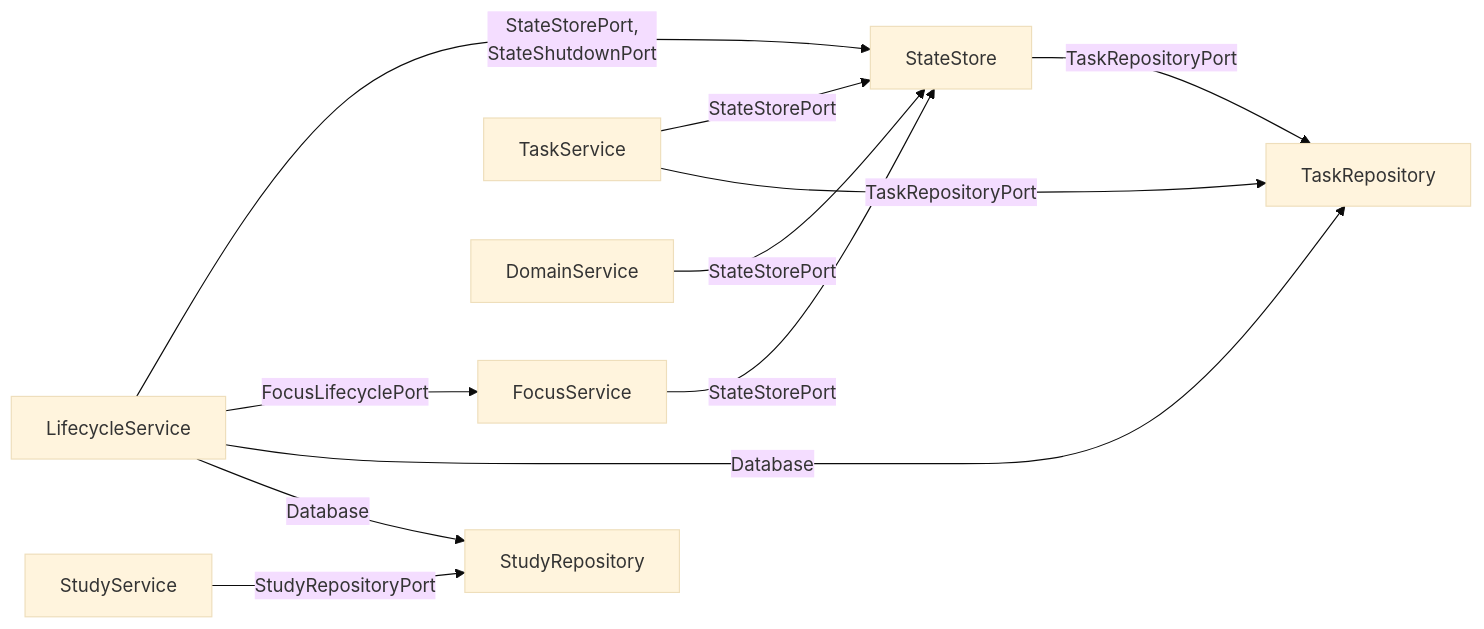
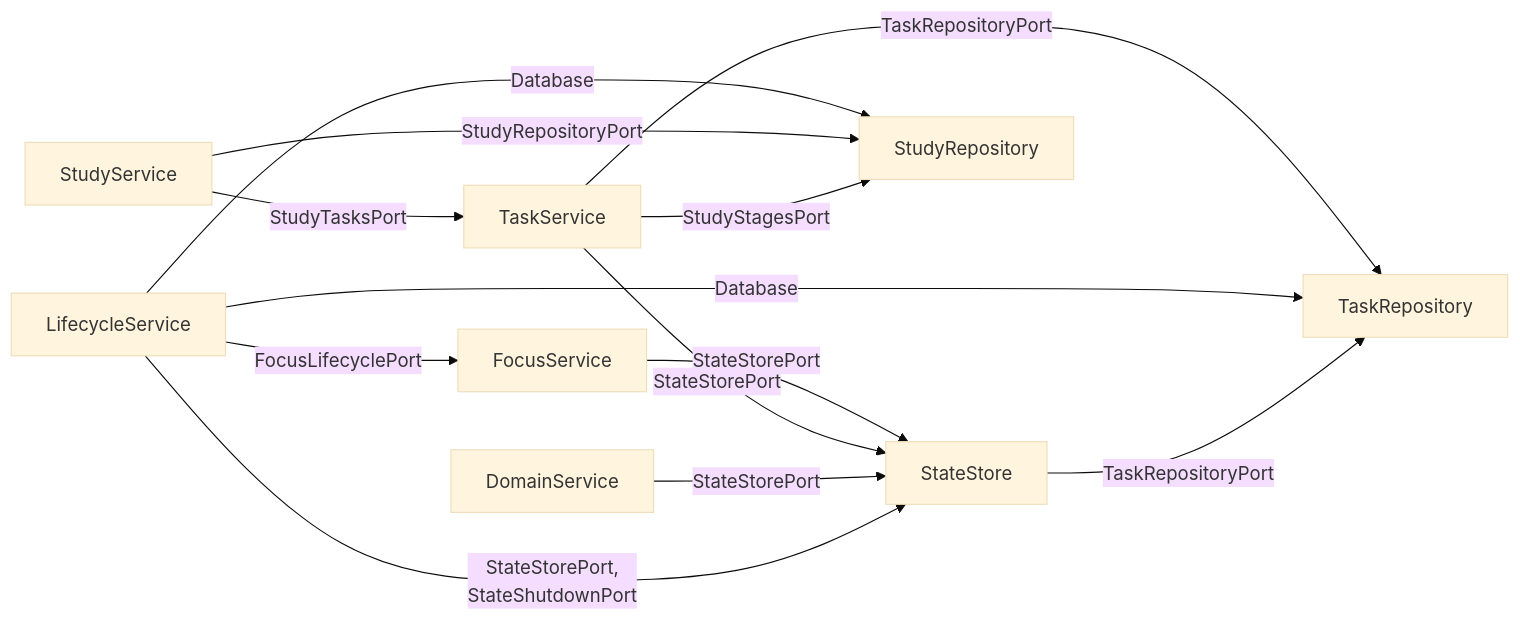
Before and after one commit to DevJuan95/ritmo: the fifth of 13 diagrams in docs/arquitectura.md, drawn with Mermaid (base theme). The commit also changed other lines of this file and 30 other files, not shown here.

````diff
--- a/docs/arquitectura.md
+++ b/docs/arquitectura.md
@@ -169,22 +169,24 @@
 ```mermaid
 flowchart LR
   focus["FocusService"]
   taskService["TaskService"]
   domainService["DomainService"]
   lifecycle["LifecycleService"]
   store["StateStore"]
   repo["TaskRepository"]
   studyService["StudyService"]
   studyRepo["StudyRepository"]
 
   focus -- "StateStorePort" --> store
   taskService -- "StateStorePort" --> store
   taskService -- "TaskRepositoryPort" --> repo
   domainService -- "StateStorePort" --> store
   lifecycle -- "StateStorePort,<br/>StateShutdownPort" --> store
   lifecycle -- "FocusLifecyclePort" --> focus
   lifecycle -- "Database" --> repo
   lifecycle -- "Database" --> studyRepo
   store -- "TaskRepositoryPort" --> repo
   studyService -- "StudyRepositoryPort" --> studyRepo
+  studyService -- "StudyTasksPort" --> taskService
+  taskService -- "StudyStagesPort" --> studyRepo
 ```
````
